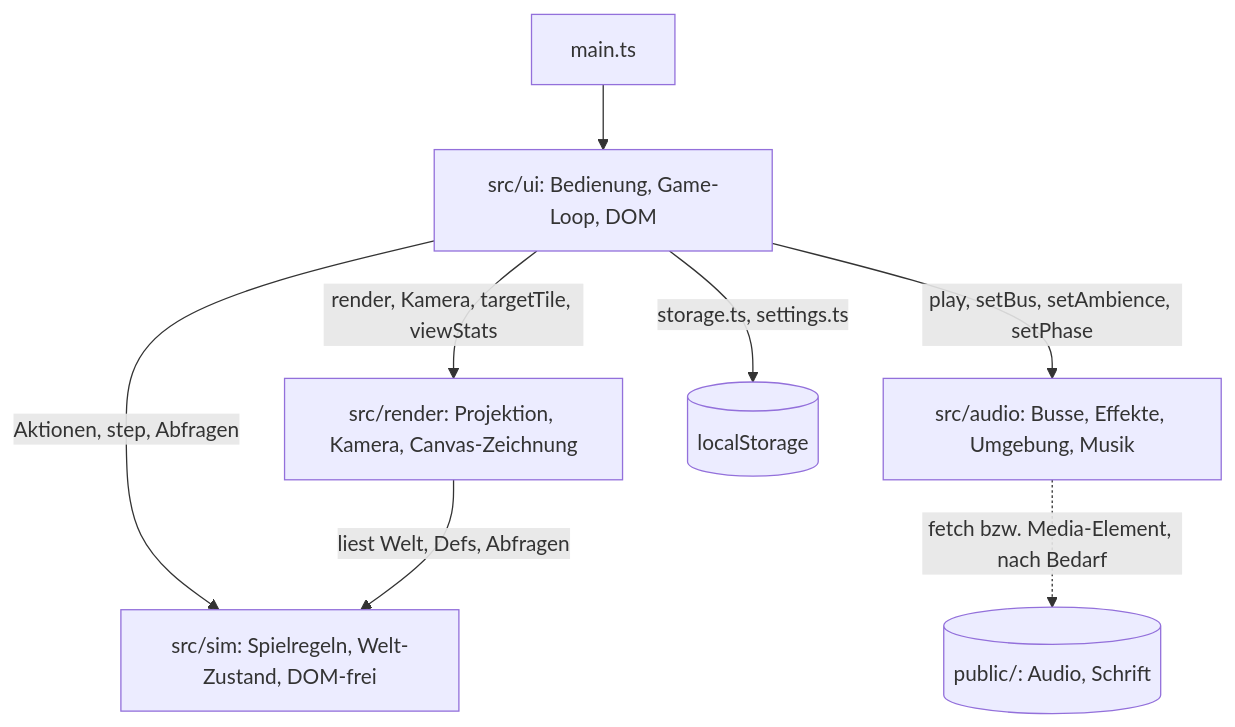
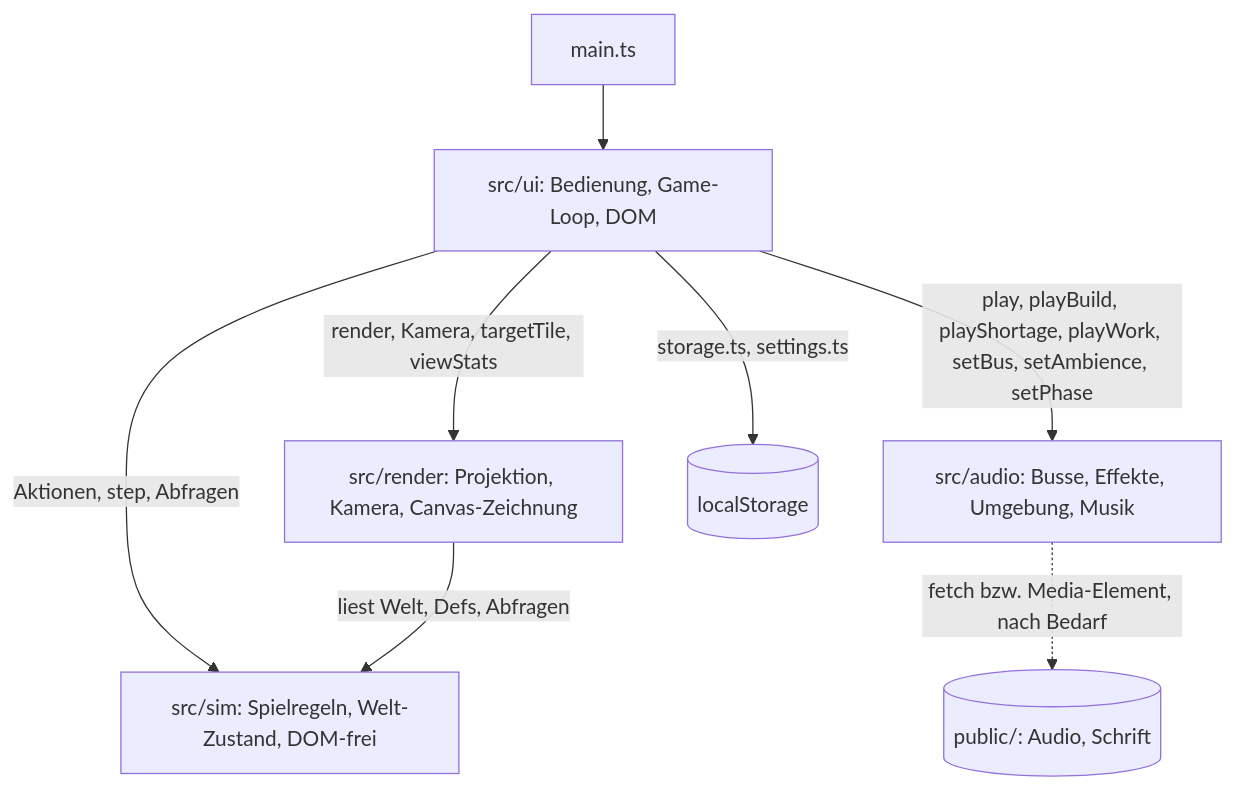
One commit to konstantinniedermann/Inselreich changed the second of 9 diagrams in docs/arc42.md. Above: the diagram before and after it, drawn with Mermaid. The commit also changed other lines of this file, not shown here.

First line of the commit message:
docs: arc42 um playShortage, playWork, economySounds ergänzt

````diff
--- a/docs/arc42.md
+++ b/docs/arc42.md
@@ -117,17 +117,17 @@
 ```mermaid
 flowchart TB
   Main["main.ts"]
   UI["src/ui: Bedienung, Game-Loop, DOM"]
   Render["src/render: Projektion, Kamera, Canvas-Zeichnung"]
   Sim["src/sim: Spielregeln, Welt-Zustand, DOM-frei"]
   Audio["src/audio: Busse, Effekte, Umgebung, Musik"]
   LS[("localStorage")]
   Pub[("public/: Audio, Schrift")]
   Main --> UI
   UI -->|"render, Kamera, targetTile, viewStats"| Render
   UI -->|"Aktionen, step, Abfragen"| Sim
-  UI -->|"play, setBus, setAmbience, setPhase"| Audio
+  UI -->|"play, playBuild, playShortage, playWork, setBus, setAmbience, setPhase"| Audio
   Render -->|"liest Welt, Defs, Abfragen"| Sim
   UI -->|"storage.ts, settings.ts"| LS
   Audio -.->|"fetch bzw. Media-Element, nach Bedarf"| Pub
 ```
````
